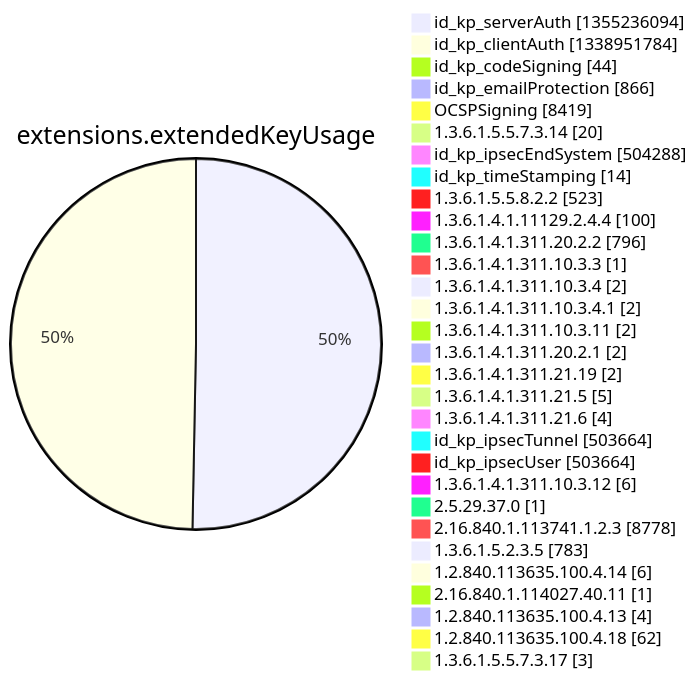
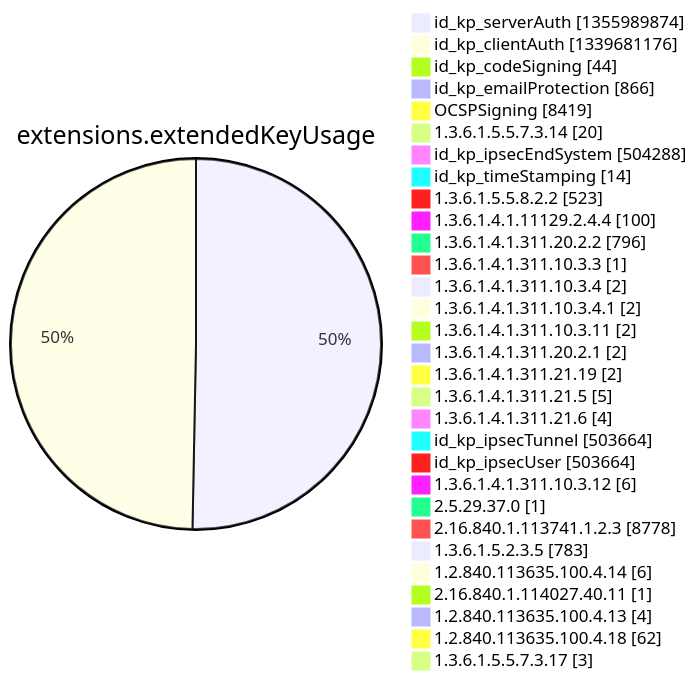
One commit to christiankrug/ctmonitor_visualization changed diagram 12 of 15 in argon2022/README.md. Above: the diagram before and after it, drawn with Mermaid. The commit also changed other lines of this file, not shown here.

````diff
--- a/argon2022/README.md
+++ b/argon2022/README.md
@@ -3553,34 +3553,34 @@
 ```mermaid
 pie showData
 title extensions.extendedKeyUsage
-"id_kp_serverAuth" :1355236094
-"id_kp_clientAuth" :1338951784
+"id_kp_serverAuth" :1355989874
+"id_kp_clientAuth" :1339681176
 "id_kp_codeSigning" :44
 "id_kp_emailProtection" :866
 "OCSPSigning" :8419
 "1.3.6.1.5.5.7.3.14" :20
 "id_kp_ipsecEndSystem" :504288
 "id_kp_timeStamping" :14
 "1.3.6.1.5.5.8.2.2" :523
 "1.3.6.1.4.1.11129.2.4.4" :100
 "1.3.6.1.4.1.311.20.2.2" :796
 "1.3.6.1.4.1.311.10.3.3" :1
 "1.3.6.1.4.1.311.10.3.4" :2
 "1.3.6.1.4.1.311.10.3.4.1" :2
 "1.3.6.1.4.1.311.10.3.11" :2
 "1.3.6.1.4.1.311.20.2.1" :2
 "1.3.6.1.4.1.311.21.19" :2
 "1.3.6.1.4.1.311.21.5" :5
 "1.3.6.1.4.1.311.21.6" :4
 "id_kp_ipsecTunnel" :503664
 "id_kp_ipsecUser" :503664
 "1.3.6.1.4.1.311.10.3.12" :6
 "2.5.29.37.0" :1
 "2.16.840.1.113741.1.2.3" :8778
 "1.3.6.1.5.2.3.5" :783
 "1.2.840.113635.100.4.14" :6
 "2.16.840.1.114027.40.11" :1
 "1.2.840.113635.100.4.13" :4
 "1.2.840.113635.100.4.18" :62
 "1.3.6.1.5.5.7.3.17" :3
 ```
````
